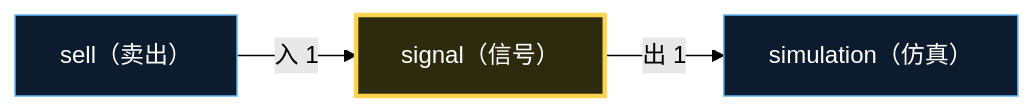
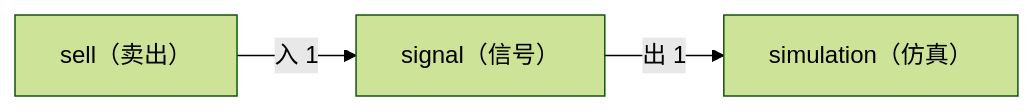
The second of 2 diagrams in docs/02_enterprise_architecture/06_decision_architecture/11_decision_l2a_signal.md (xuanFelixVan/ZephyrAlpha), drawn with Mermaid (forest theme) before and after one commit. The commit also changed other lines of this file and 23 other files, not shown here.

First line of the commit message:
style(decision-diagram): 移除所有 mermaid classDef，照搬 application_flows.md 纯默认主题

````diff
--- a/docs/02_enterprise_architecture/06_decision_architecture/11_decision_l2a_signal.md
+++ b/docs/02_enterprise_architecture/06_decision_architecture/11_decision_l2a_signal.md
@@ -135,11 +129,8 @@
 ```mermaid
 flowchart LR
-    SELF["signal（信号）"]:::selfDomain
-    EXT_simulation["simulation（仿真）"]:::extDomain
+    SELF["signal（信号）"]
+    EXT_simulation["simulation（仿真）"]
     SELF -->|出 1| EXT_simulation
-    EXT_sell["sell（卖出）"]:::extDomain
+    EXT_sell["sell（卖出）"]
     EXT_sell -->|入 1| SELF
-
-    classDef selfDomain fill:#2e2a0d,stroke:#ffd54f,stroke-width:3px,color:#fff
-    classDef extDomain fill:#0d1b2e,stroke:#64b5f6,stroke-width:1px,color:#fff
 ```
````
